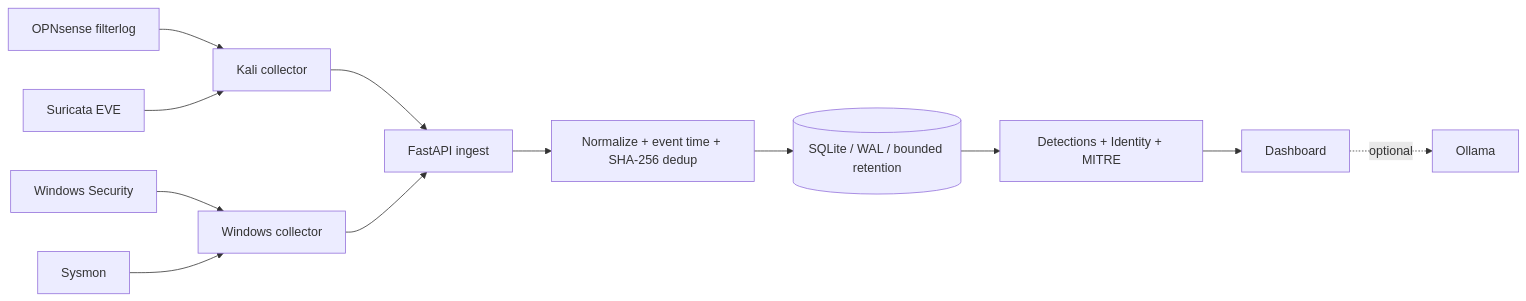
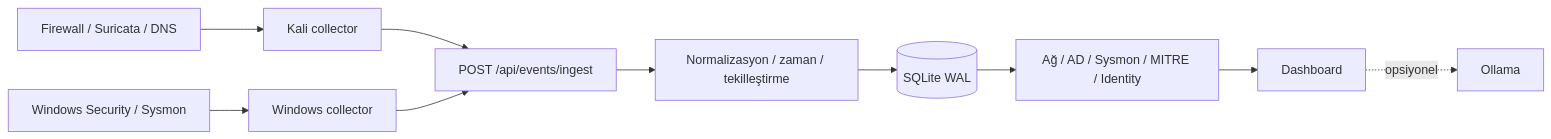
The second of 2 diagrams in docs/lab-build-walkthrough.md (mahirkau1/AEGIS-SOC), drawn with Mermaid before and after one commit. The commit also changed other lines of this file and 10 other files, not shown here.

````diff
--- a/docs/lab-build-walkthrough.md
+++ b/docs/lab-build-walkthrough.md
@@ -130,14 +173,12 @@
 ```mermaid
 flowchart LR
-    OPN[OPNsense filterlog] --> KC[Kali collector]
-    SUR[Suricata EVE] --> KC
-    WSEC[Windows Security] --> WC[Windows collector]
-    SYS[Sysmon] --> WC
-    KC --> ING[FastAPI ingest]
-    WC --> ING
-    ING --> NORM[Normalize + event time + SHA-256 dedup]
-    NORM --> DB[(SQLite / WAL / bounded retention)]
-    DB --> DET[Detections + Identity + MITRE]
-    DET --> UI[Dashboard]
-    UI -. optional .-> AI[Ollama]
+    F[Firewall / Suricata / DNS] --> K[Kali collector]
+    W[Windows Security / Sysmon] --> C[Windows collector]
+    K --> I[POST /api/events/ingest]
+    C --> I
+    I --> N[Normalizasyon / zaman / tekilleştirme]
+    N --> DB[(SQLite WAL)]
+    DB --> A[Ağ / AD / Sysmon / MITRE / Identity]
+    A --> UI[Dashboard]
+    UI -. opsiyonel .-> L[Ollama]
 ```
````
